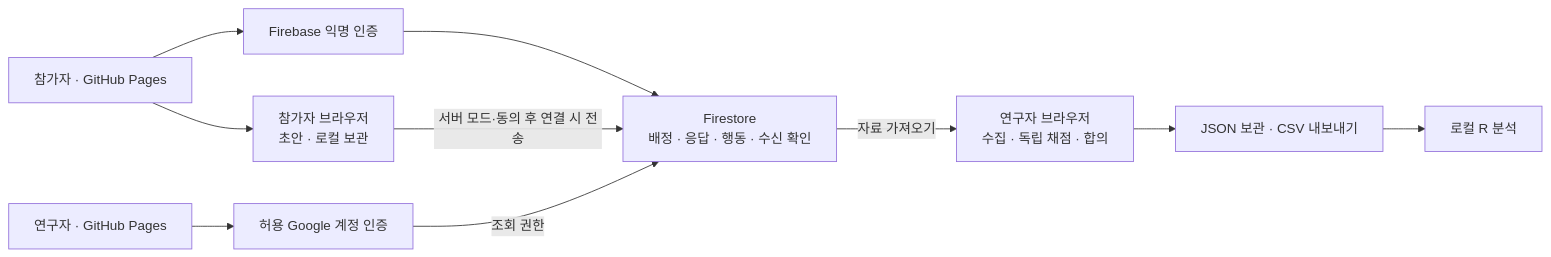
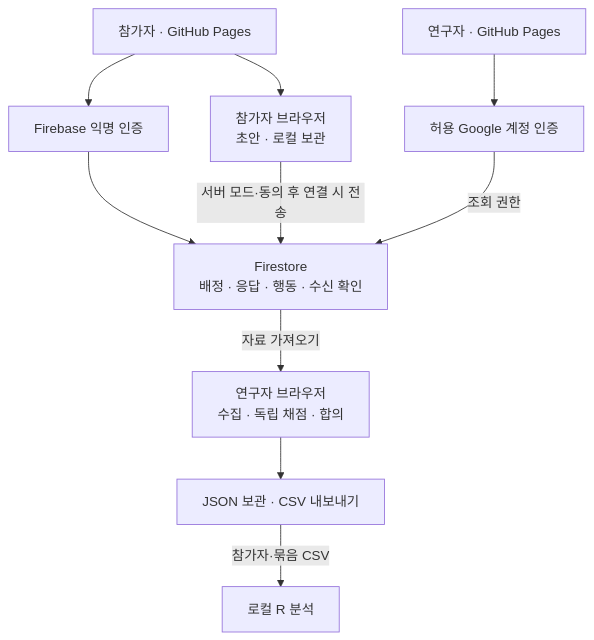
The first of 2 diagrams in README.md (minestero00/hci), drawn with Mermaid before and after one commit. The commit also changed other lines of this file, not shown here.

Commit message:
Make study diagrams readable in the GitHub preview

````diff
--- a/README.md
+++ b/README.md
@@ -23,12 +23,12 @@
 ```mermaid
-flowchart LR
+flowchart TB
     P["참가자 · GitHub Pages"] --> A["Firebase 익명 인증"]
     A --> D["Firestore<br/>배정 · 응답 · 행동 · 수신 확인"]
     P --> L["참가자 브라우저<br/>초안 · 로컬 보관"]
     L -->|서버 모드·동의 후 연결 시 전송| D
     R["연구자 · GitHub Pages"] --> G["허용 Google 계정 인증"]
     G -->|조회 권한| D
     D -->|자료 가져오기| W["연구자 브라우저<br/>수집 · 독립 채점 · 합의"]
     W --> F["JSON 보관 · CSV 내보내기"]
-    F --> S["로컬 R 분석"]
+    F -->|참가자·묶음 CSV| S["로컬 R 분석"]
 ```
````
